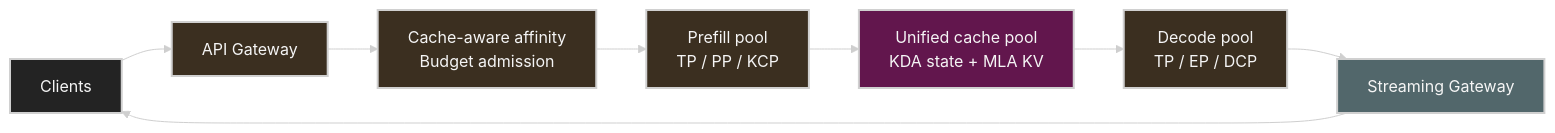
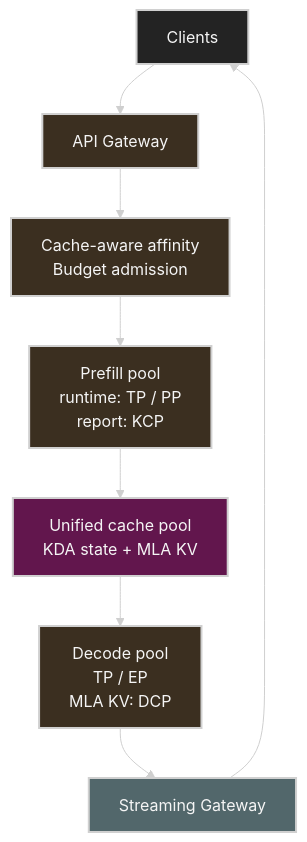
Before and after one commit to ziwon/ai-data-center-network: the third of 3 diagrams in inference/models/kimi-k3.md, drawn with Mermaid. The commit also changed other lines of this file and 3 other files, not shown here.

Commit message:
docs(kimi-k3): refine architecture and serving guidance

````diff
--- a/inference/models/kimi-k3.md
+++ b/inference/models/kimi-k3.md
@@ -537,22 +569,22 @@
 ```mermaid
 %%{init: {"theme": "base", "themeVariables": {"background": "#171717", "primaryColor": "#232323", "primaryTextColor": "#f5f5f5", "primaryBorderColor": "#d0d0d0", "lineColor": "#cfcfcf", "fontFamily": "Inter, Arial, sans-serif"}}}%%
-flowchart LR
+flowchart TB
     C[Clients] --> G[API Gateway]
     G --> R[Cache-aware affinity<br/>Budget admission]
 
-    R --> P[Prefill pool<br/>TP / PP / KCP]
+    R --> P[Prefill pool<br/>runtime: TP / PP<br/>report: KCP]
     P --> K[Unified cache pool<br/>KDA state + MLA KV]
-    K --> D[Decode pool<br/>TP / EP / DCP]
+    K --> D[Decode pool<br/>TP / EP<br/>MLA KV: DCP]
 
     D --> S[Streaming Gateway]
     S --> C
 
     classDef primary fill:#232323,stroke:#d0d0d0,color:#f5f5f5,stroke-width:2px;
     classDef secondary fill:#3b2f20,stroke:#d0d0d0,color:#f5f5f5,stroke-width:2px;
     classDef note fill:#52676b,stroke:#d0d0d0,color:#f5f5f5,stroke-width:2px;
     classDef accent fill:#62164d,stroke:#d0d0d0,color:#f5f5f5,stroke-width:2px;
     class C primary
     class G,R,P,D secondary
     class S note
     class K accent
 ```
````
